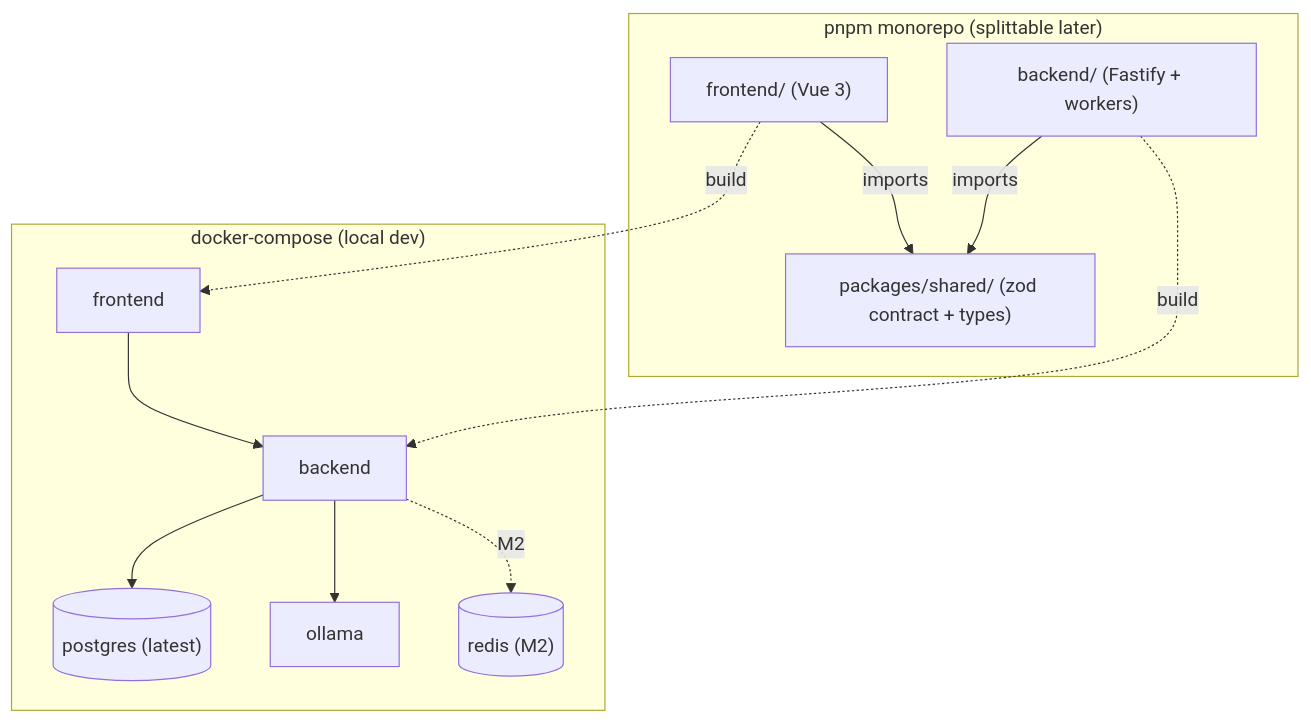
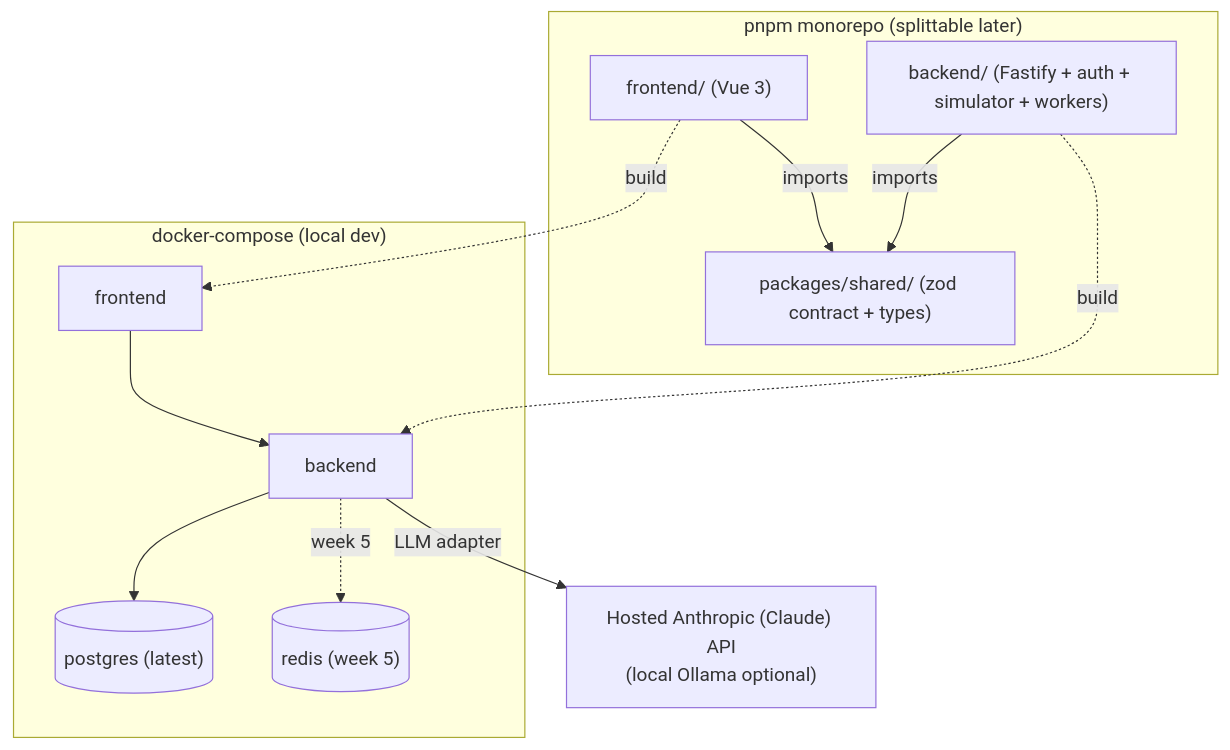
The sixth of 6 diagrams in docs/architecture.md (SohaibShah/centralized-notifications), drawn with Mermaid before and after one commit. The commit also changed other lines of this file and 5 other files, not shown here.

First line of the commit message:
docs: revise SRS v1.3 (per-team/role, roadmap, prototype auth) + add implementation plan

````diff
--- a/docs/architecture.md
+++ b/docs/architecture.md
@@ -360,23 +410,22 @@
 ```mermaid
 flowchart TB
   subgraph Repo["pnpm monorepo (splittable later)"]
     FE["frontend/ (Vue 3)"]
-    BE["backend/ (Fastify + workers)"]
+    BE["backend/ (Fastify + auth + simulator + workers)"]
     SH["packages/shared/ (zod contract + types)"]
     FE -->|imports| SH
     BE -->|imports| SH
   end
   subgraph Compose["docker-compose (local dev)"]
     C_FE["frontend"]
     C_BE["backend"]
     C_PG[("postgres (latest)")]
-    C_OLL["ollama"]
-    C_RS[("redis (M2)")]
+    C_RS[("redis (week 5)")]
     C_FE --> C_BE
     C_BE --> C_PG
-    C_BE --> C_OLL
-    C_BE -.->|M2| C_RS
+    C_BE -.->|week 5| C_RS
   end
+  C_BE -->|LLM adapter| ANTH["Hosted Anthropic (Claude) API<br/>(local Ollama optional)"]
   FE -. build .-> C_FE
   BE -. build .-> C_BE
 ```
````
